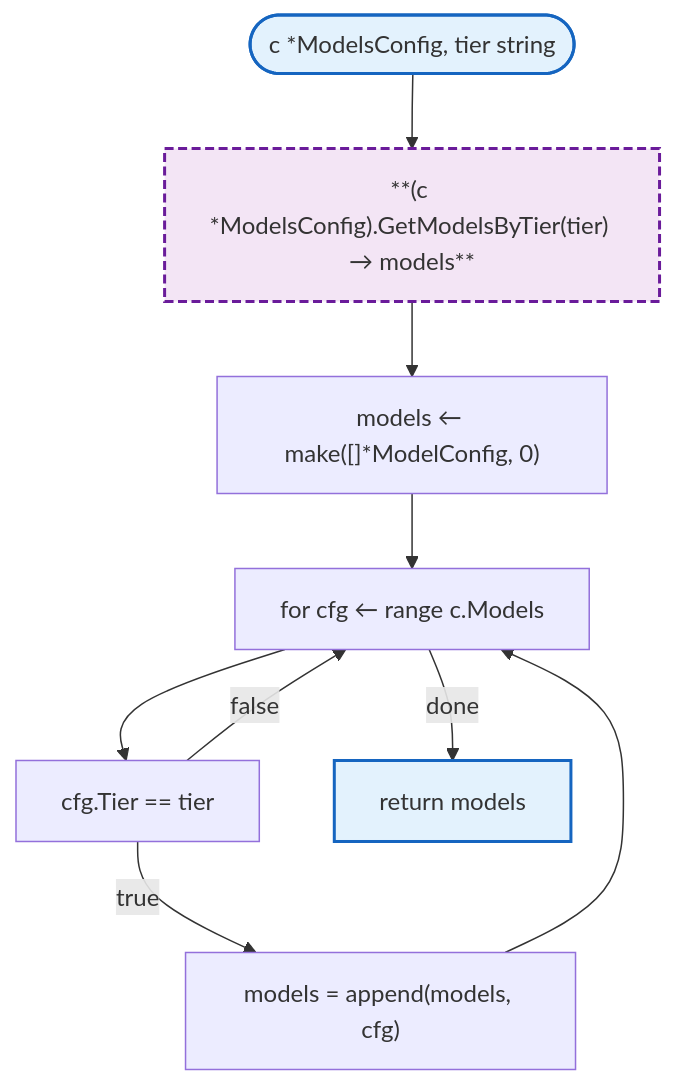
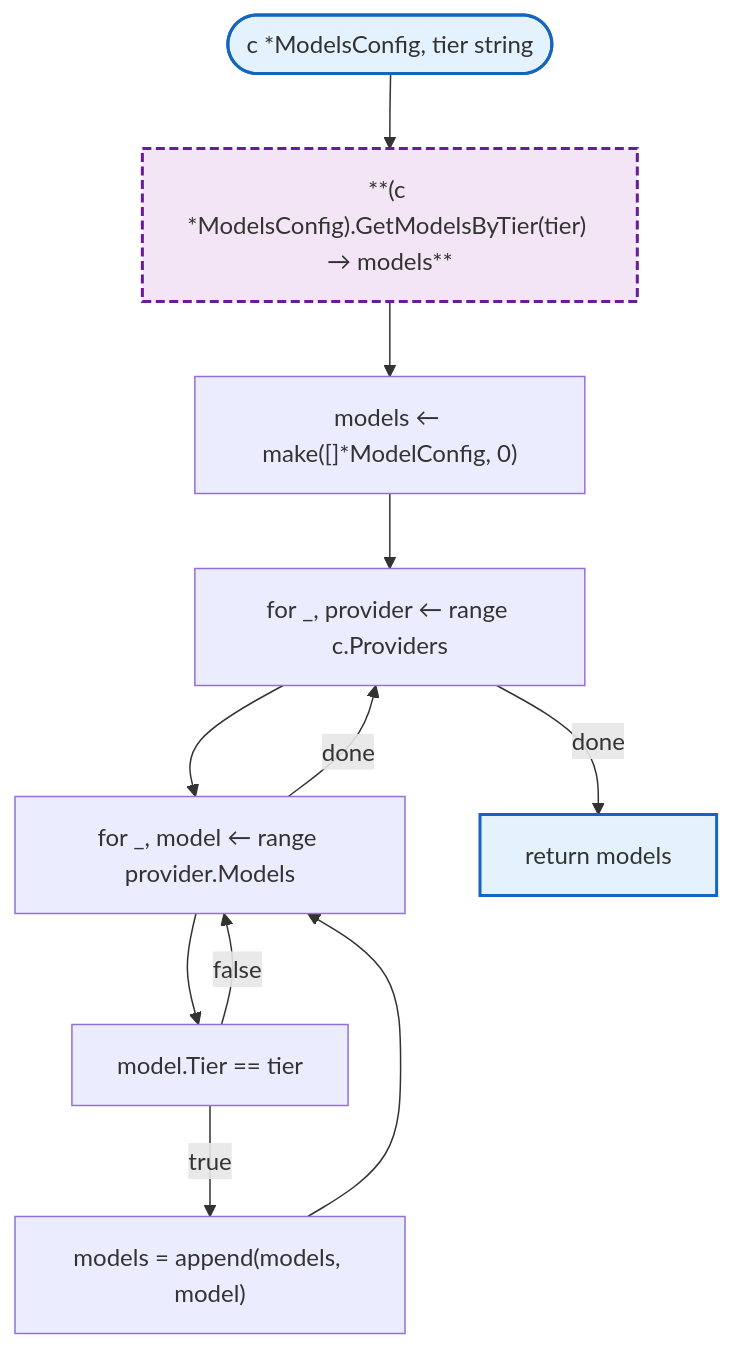
One commit to radch-ai/ava changed the sixth of 8 diagrams in docs/config/models.md. Above: the diagram before and after it, drawn with Mermaid. The commit also changed other lines of this file and 8 other files, not shown here.

````diff
--- a/docs/config/models.md
+++ b/docs/config/models.md
@@ -123,17 +154,19 @@
 ```mermaid
 flowchart TB
     Start([c *ModelsConfig, tier string]) --> HGetByTier["**(c *ModelsConfig).GetModelsByTier(tier) → models**"]
     HGetByTier --> MakeModels["models ← make([]*ModelConfig, 0)"]
-    MakeModels --> Loop["for cfg ← range c.Models"]
-    Loop --> CheckTier["cfg.Tier == tier"]
-    CheckTier -->|true| Append["models = append(models, cfg)"]
-    Append --> Loop
-    CheckTier -->|false| Loop
+    MakeModels --> Loop["for _, provider ← range c.Providers"]
+    Loop --> InnerLoop["for _, model ← range provider.Models"]
+    InnerLoop --> CheckTier["model.Tier == tier"]
+    CheckTier -->|true| Append["models = append(models, model)"]
+    Append --> InnerLoop
+    CheckTier -->|false| InnerLoop
+    InnerLoop -->|done| Loop
     Loop -->|done| Return["return models"]
 
     classDef mainFn fill:#e3f2fd,stroke:#1565c0,stroke-width:2px
     classDef internalFn fill:#f3e5f5,stroke:#6a1b9a,stroke-width:2px,stroke-dasharray:6 3
 
     class Start,Return mainFn
     class HGetByTier internalFn
 ```
````
